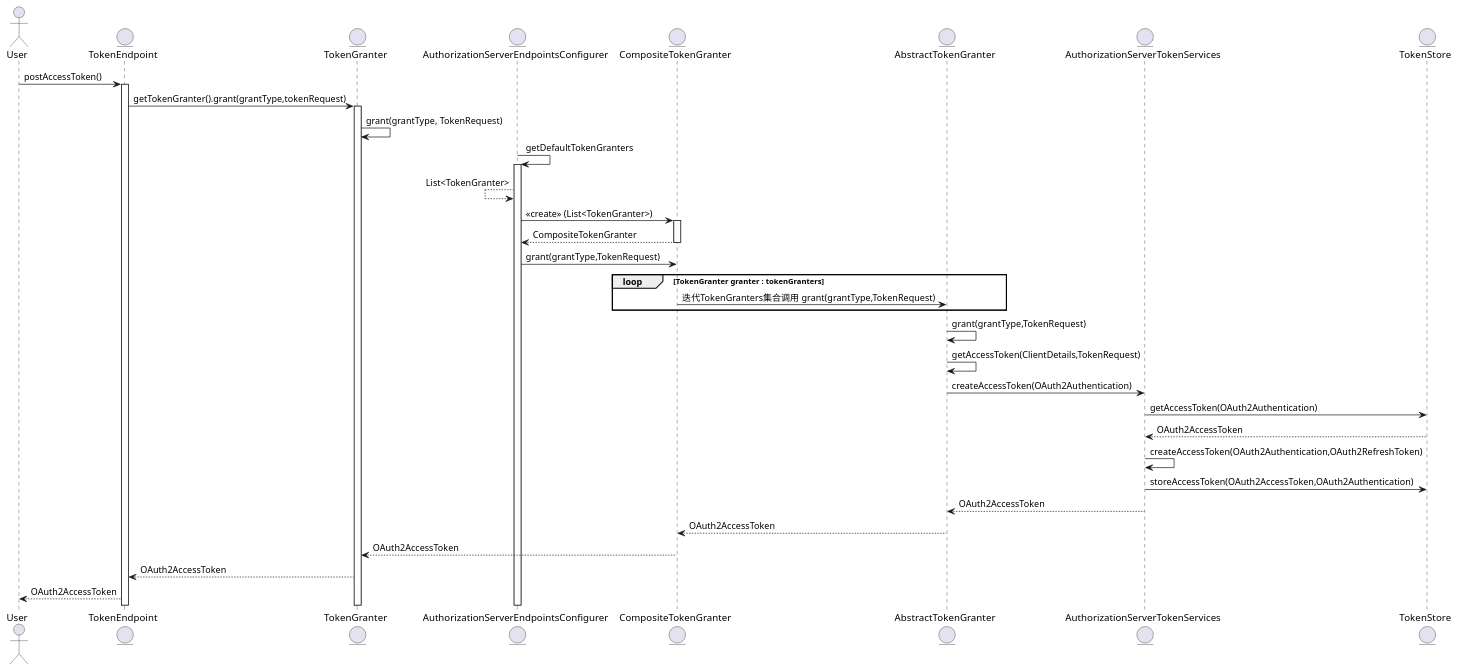
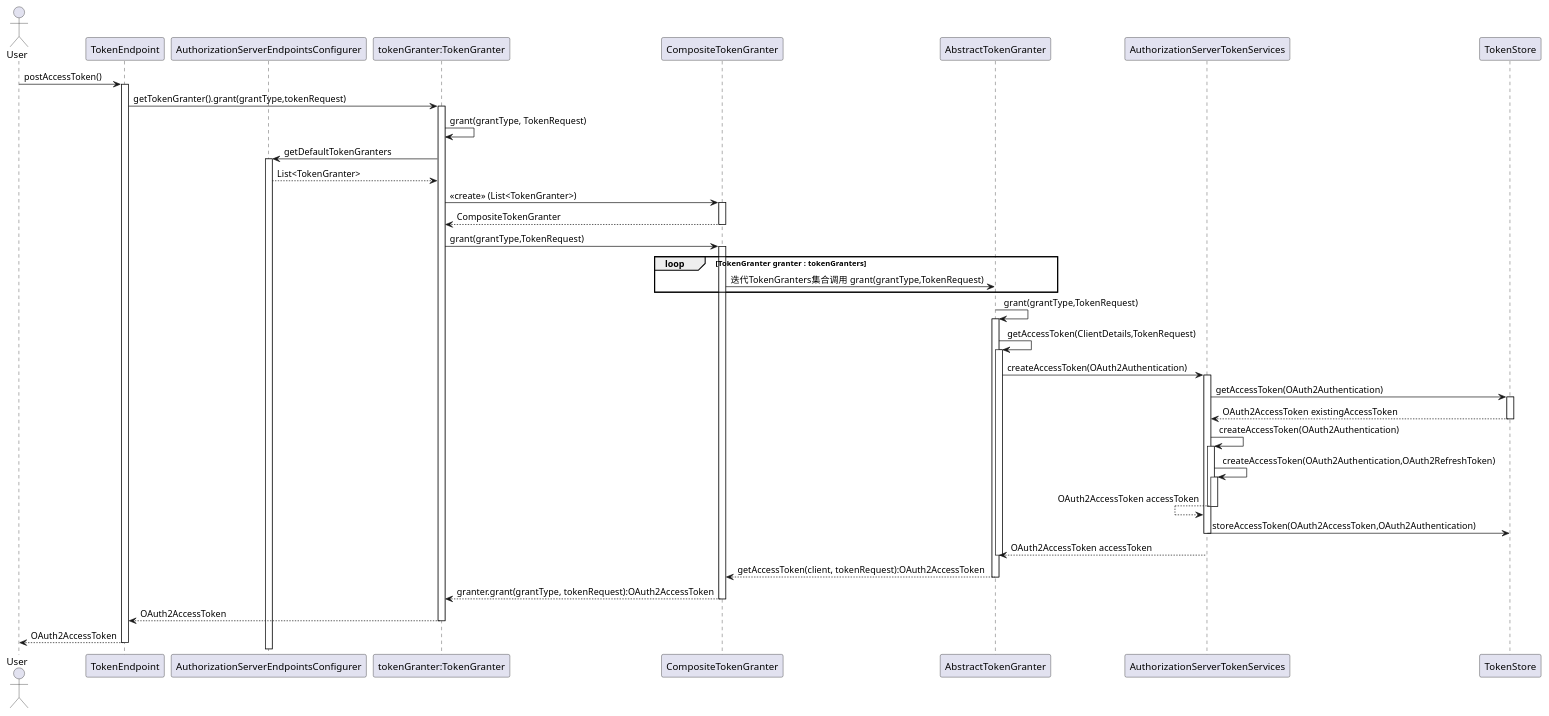
The diagram in doc/uml/TokenEndpointTokenGrantFlow.puml (JL-Code/thinking-in-java), drawn with PlantUML before and after one commit.

Commit message:
更新TokenEndpointTokenGrantFlow

```diff
--- a/doc/uml/TokenEndpointTokenGrantFlow.puml
+++ b/doc/uml/TokenEndpointTokenGrantFlow.puml
@@ -1,73 +1,97 @@
 @startuml
 actor User
-entity TokenEndpoint
-'entity AbstractEndpoint
-entity TokenGranter
-entity AuthorizationServerEndpointsConfigurer
-entity CompositeTokenGranter
-entity AbstractTokenGranter
-entity AuthorizationServerTokenServices
-entity TokenStore
+participant TokenEndpoint
+participant AuthorizationServerEndpointsConfigurer
+participant "tokenGranter:TokenGranter" as TokenGranter
+participant CompositeTokenGranter
+participant AbstractTokenGranter
+participant AuthorizationServerTokenServices
+participant TokenStore
 
 '/oauth/token,post
 User-> TokenEndpoint: postAccessToken()
 activate TokenEndpoint
 
 'TokenRequest tokenRequest = getOAuth2RequestFactory().createTokenRequest(parameters, authenticatedClient)
 'OAuth2AccessToken token = getTokenGranter().grant(tokenRequest.getGrantType(), tokenRequest)
 TokenEndpoint->TokenGranter: getTokenGranter().grant(grantType,tokenRequest)
 activate TokenGranter
 
 TokenGranter-> TokenGranter:grant(grantType, TokenRequest)
 'AuthorizationServerEndpointsConfigurer：
 '@Override
 '				public OAuth2AccessToken grant(String grantType, TokenRequest tokenRequest) {
 '					if (delegate == null) {
 '						delegate = new CompositeTokenGranter(getDefaultTokenGranters());
 '					}
 '					return delegate.grant(grantType, tokenRequest);
 '				}
 
 'grant(grantType, TokenRequest)
-AuthorizationServerEndpointsConfigurer-> AuthorizationServerEndpointsConfigurer:getDefaultTokenGranters
+TokenGranter-> AuthorizationServerEndpointsConfigurer:getDefaultTokenGranters
 activate AuthorizationServerEndpointsConfigurer
 
-AuthorizationServerEndpointsConfigurer<--AuthorizationServerEndpointsConfigurer:List<TokenGranter>
+TokenGranter<--AuthorizationServerEndpointsConfigurer:List<TokenGranter>
 
-AuthorizationServerEndpointsConfigurer-> CompositeTokenGranter: <<create>> (List<TokenGranter>)
+TokenGranter-> CompositeTokenGranter: <<create>> (List<TokenGranter>)
 activate CompositeTokenGranter
 
-AuthorizationServerEndpointsConfigurer<-- CompositeTokenGranter:CompositeTokenGranter
+TokenGranter<-- CompositeTokenGranter:CompositeTokenGranter
 deactivate CompositeTokenGranter
 
-AuthorizationServerEndpointsConfigurer->CompositeTokenGranter:grant(grantType,TokenRequest)
+TokenGranter->CompositeTokenGranter:grant(grantType,TokenRequest)
+activate CompositeTokenGranter
 
-'迭代 TokenGranters 集合调用 grant(grantType,TokenRequest)
+'CompositeTokenGranter: 迭代 TokenGranters 集合调用 grant(grantType,TokenRequest)
 loop TokenGranter granter : tokenGranters
 CompositeTokenGranter->AbstractTokenGranter: 迭代TokenGranters集合调用 grant(grantType,TokenRequest)
 end
 
 AbstractTokenGranter->AbstractTokenGranter:grant(grantType,TokenRequest)
+activate AbstractTokenGranter
 
 AbstractTokenGranter->AbstractTokenGranter:getAccessToken(ClientDetails,TokenRequest)
+activate AbstractTokenGranter
 
 AbstractTokenGranter->AuthorizationServerTokenServices:createAccessToken(OAuth2Authentication)
+activate AuthorizationServerTokenServices
 
 AuthorizationServerTokenServices->TokenStore:getAccessToken(OAuth2Authentication)
+activate TokenStore
 
-AuthorizationServerTokenServices<--TokenStore:OAuth2AccessToken
+AuthorizationServerTokenServices<--TokenStore:OAuth2AccessToken existingAccessToken
+deactivate TokenStore
+
+AuthorizationServerTokenServices->AuthorizationServerTokenServices:createAccessToken(OAuth2Authentication)
+activate AuthorizationServerTokenServices
 
 AuthorizationServerTokenServices->AuthorizationServerTokenServices:createAccessToken(OAuth2Authentication,OAuth2RefreshToken)
+activate AuthorizationServerTokenServices
+
+AuthorizationServerTokenServices<--AuthorizationServerTokenServices:OAuth2AccessToken accessToken
+deactivate AuthorizationServerTokenServices
+deactivate AuthorizationServerTokenServices
+
+
 
 'tokenStore.storeAccessToken(accessToken, authentication);
 AuthorizationServerTokenServices->TokenStore:storeAccessToken(OAuth2AccessToken,OAuth2Authentication)
+deactivate AuthorizationServerTokenServices
 
 'AbstractTokenGranter：tokenServices.createAccessToken(getOAuth2Authentication(client, tokenRequest));
-AbstractTokenGranter<--AuthorizationServerTokenServices:OAuth2AccessToken
+AbstractTokenGranter<--AuthorizationServerTokenServices:OAuth2AccessToken accessToken
+deactivate AbstractTokenGranter
 
-CompositeTokenGranter<--AbstractTokenGranter:OAuth2AccessToken
-TokenGranter<--CompositeTokenGranter:OAuth2AccessToken
+CompositeTokenGranter<--AbstractTokenGranter:getAccessToken(client, tokenRequest):OAuth2AccessToken
+deactivate AbstractTokenGranter
+
+TokenGranter<--CompositeTokenGranter: granter.grant(grantType, tokenRequest):OAuth2AccessToken
+deactivate CompositeTokenGranter
+
 TokenEndpoint<--TokenGranter:OAuth2AccessToken
+deactivate TokenGranter
+
 User<--TokenEndpoint:OAuth2AccessToken
+deactivate TokenEndpoint
 
 @enduml
```
